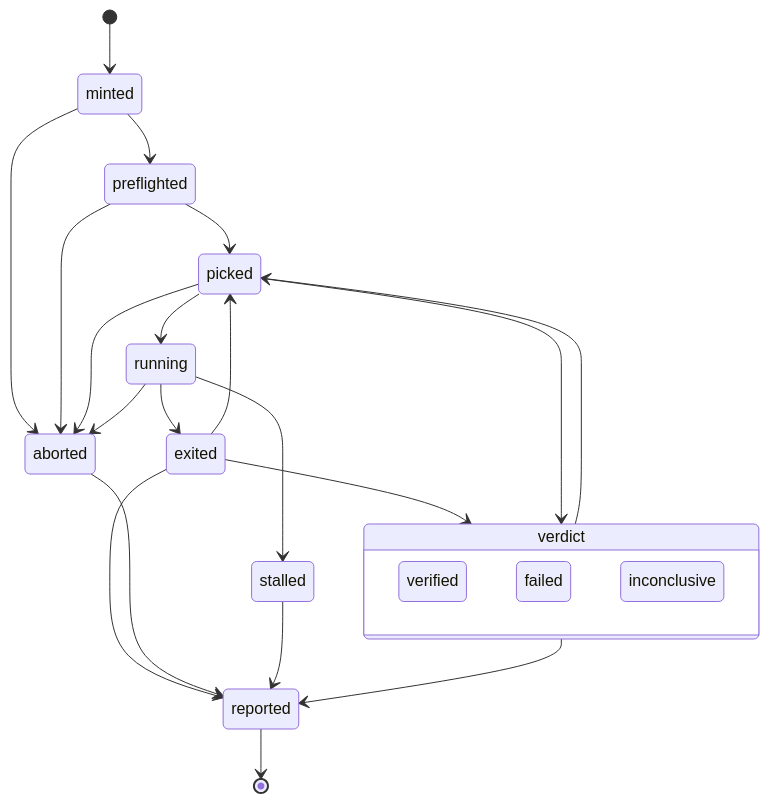
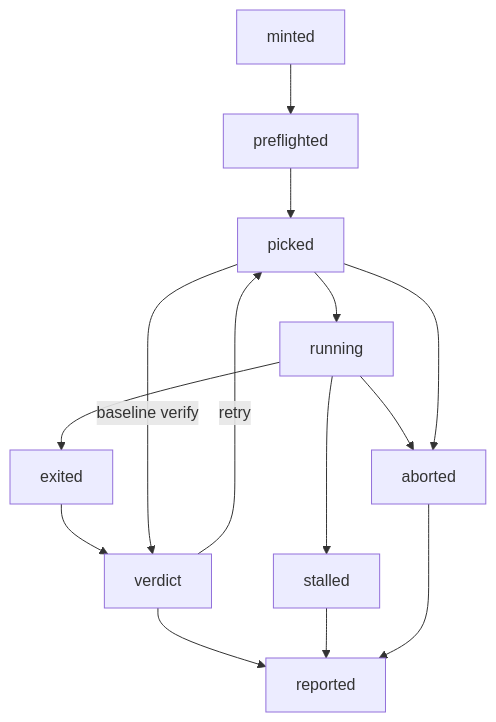
Before and after one commit to m-esm/smart-subagents: the second of 2 diagrams in docs/ARCHITECTURE.md, drawn with Mermaid. The commit also changed other lines of this file and 4 other files, not shown here.

Commit message:
Fix mermaid charts: staged layouts instead of crossing edges

````diff
--- a/docs/ARCHITECTURE.md
+++ b/docs/ARCHITECTURE.md
@@ -77,27 +78,9 @@
 ```mermaid
-stateDiagram-v2
-    [*] --> minted
-    minted --> preflighted
-    preflighted --> picked
-    picked --> running
-    running --> exited
-    exited --> verdict
-    picked --> verdict
-    state verdict {
-        verified
-        failed
-        inconclusive
-    }
-    verdict --> picked
-    verdict --> reported
-    exited --> picked
-    exited --> reported
-    minted --> aborted
-    preflighted --> aborted
+flowchart TB
+    minted --> preflighted --> picked --> running --> exited --> verdict --> reported
+    picked -->|baseline verify| verdict
+    running --> stalled --> reported
+    running --> aborted --> reported
     picked --> aborted
-    running --> aborted
-    running --> stalled
-    aborted --> reported
-    stalled --> reported
-    reported --> [*]
+    verdict -->|retry| picked
 ```
````
